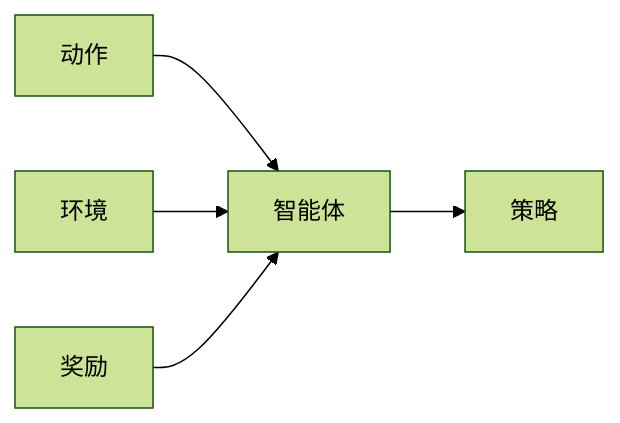
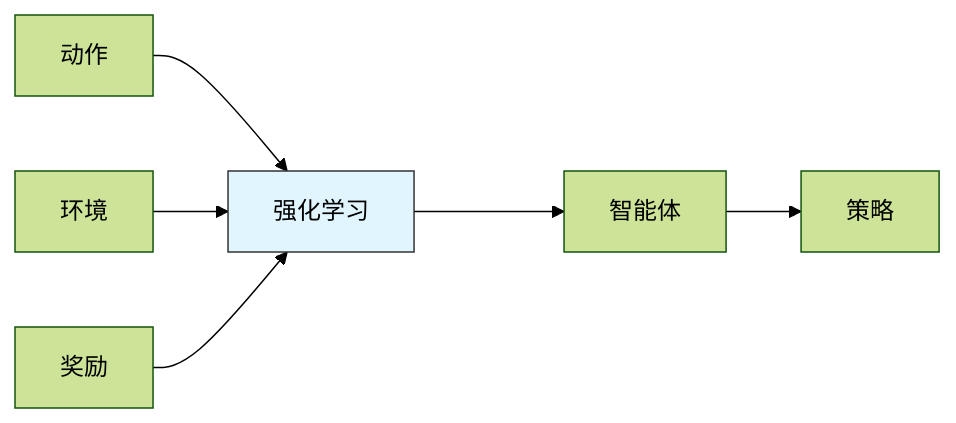
The third of 6 diagrams in source/_posts/computer/AI学习/强化学习初步.md (Aquietzero/nullspace), drawn with Mermaid (forest theme) before and after one commit. The commit also changed other lines of this file, not shown here.

````diff
--- a/source/_posts/computer/AI学习/强化学习初步.md
+++ b/source/_posts/computer/AI学习/强化学习初步.md
@@ -98,7 +102,11 @@
 ```mermaid
 graph LR
-    Action[动作] --> Agent[智能体]
-    Env[环境] --> Agent
-    Reward[奖励] --> Agent 
+    Action[动作] --> RL[强化学习]
+    Env[环境] --> RL 
+    Reward[奖励] --> RL
+    RL ---> Agent[智能体]
     Agent --> Policy[策略]
+
+    %% 样式设置
+    style RL fill:#e1f5fe,stroke:#333
 ```
````
